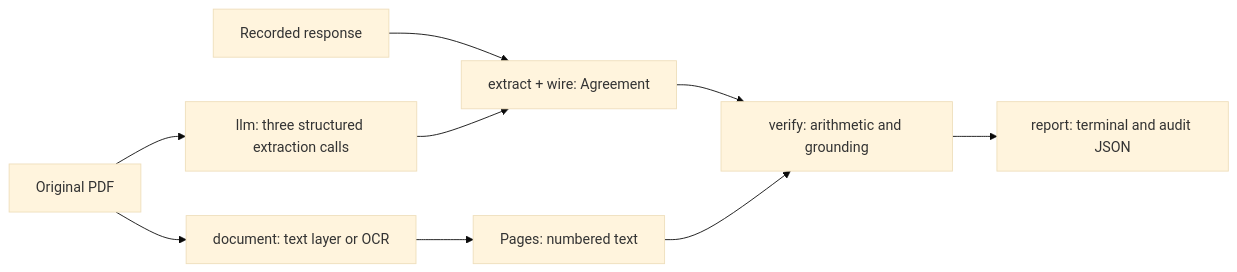
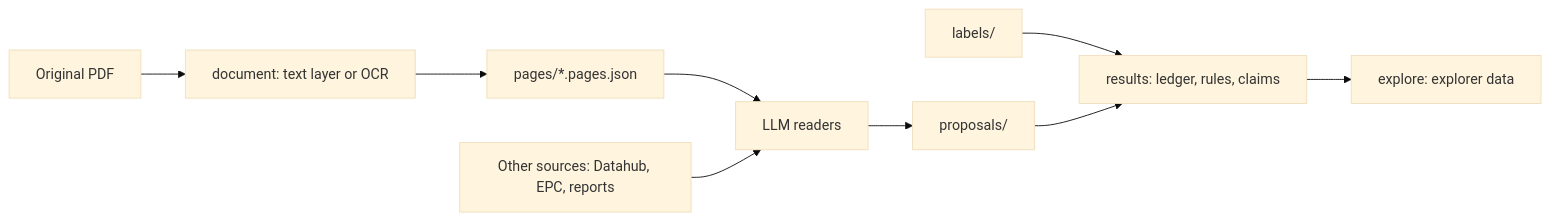
One commit to MozarellaMan/s106-verification changed the diagram in docs/architecture.md. Above: the diagram before and after it, drawn with Mermaid (base theme). The commit also changed other lines of this file and 57 other files, not shown here.

First line of the commit message:
Remove the Haiku extraction pipeline: audit, eval, reconcile

````diff
--- a/docs/architecture.md
+++ b/docs/architecture.md
@@ -9,11 +10,11 @@
 ```mermaid
 flowchart LR
     PDF[Original PDF] --> D[document: text layer or OCR]
-    PDF --> L[llm: three structured extraction calls]
-    F[Recorded response] --> E[extract + wire: Agreement]
-    L --> E
-    D --> P[Pages: numbered text]
-    E --> V[verify: arithmetic and grounding]
-    P --> V
-    V --> R[report: terminal and audit JSON]
+    D --> S[pages/*.pages.json]
+    S --> R[LLM readers]
+    O[Other sources: Datahub, EPC, reports] --> R
+    R --> P[proposals/]
+    L[labels/] --> RS[results: ledger, rules, claims]
+    P --> RS
+    RS --> E[explore: explorer data]
 ```
````
